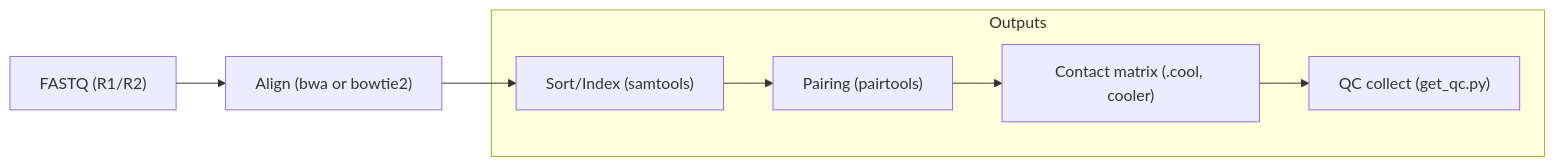
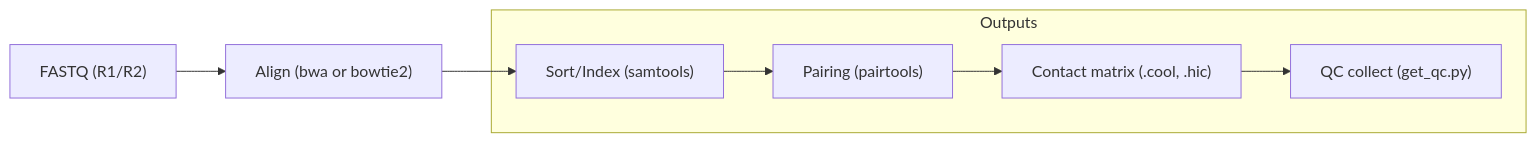
One commit to Fuki-Kudoh/microC-pipeline changed the diagram in README.md. Above: the diagram before and after it, drawn with Mermaid. The commit also changed other lines of this file, not shown here.

`````diff
--- a/README.md
+++ b/README.md
@@ -25,15 +25,15 @@
 ```mermaid
 flowchart LR
   A["FASTQ (R1/R2)"] --> B["Align (bwa or bowtie2)"]
   B --> C["Sort/Index (samtools)"]
   C --> D["Pairing (pairtools)"]
-  D --> E["Contact matrix (.cool, cooler)"]
+  D --> E["Contact matrix (.cool, .hic)"]
   E --> F["QC collect (get_qc.py)"]
 
   subgraph Outputs
     C
     D
     E
     F
   end
 ````
`````
